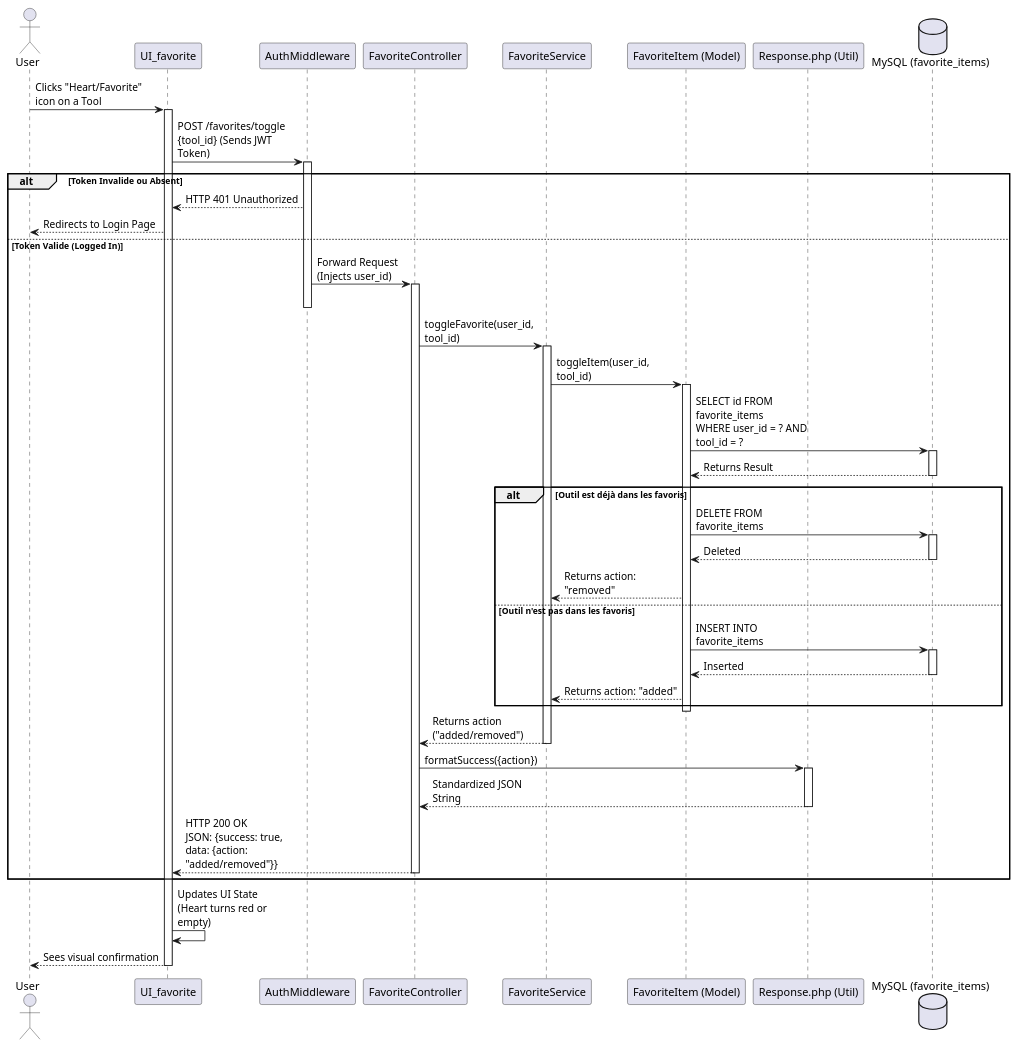
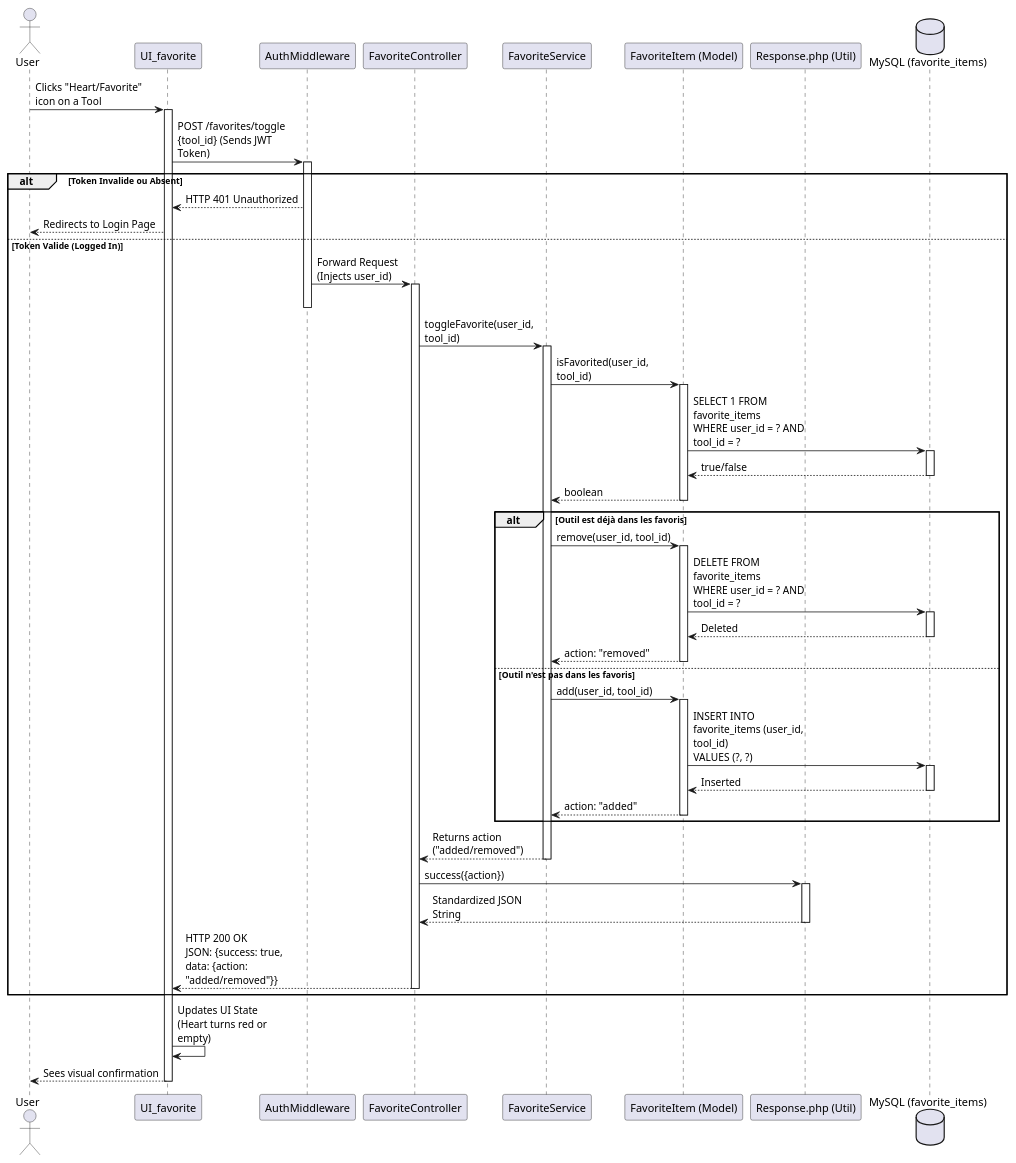
The diagram in docs/sequence/Favorites.wsd (dss47/Penguins), drawn with PlantUML before and after one commit. The commit also changed 11 other files, not shown here.

Commit message:
sequence edit

```diff
--- a/docs/sequence/Favorites.wsd
+++ b/docs/sequence/Favorites.wsd
@@ -1,70 +1,75 @@
 @startuml favorites
 skinparam maxMessageSize 150
 
 actor "User" as user
 participant "UI_favorite" as react
 participant "AuthMiddleware" as auth 
 participant "FavoriteController" as controller 
 participant "FavoriteService" as service 
 participant "FavoriteItem (Model)" as model
 participant "Response.php (Util)" as res
 
 database "MySQL (favorite_items)" as db
 
 user -> react : Clicks "Heart/Favorite" icon on a Tool
 activate react
   react -> auth : POST /favorites/toggle\n{tool_id} (Sends JWT Token)
   activate auth
   
     alt Token Invalide ou Absent
         auth --> react : HTTP 401 Unauthorized
         react --> user : Redirects to Login Page
     else Token Valide (Logged In)
         
         auth -> controller : Forward Request\n(Injects user_id)
         activate controller
         deactivate auth
         
         controller -> service : toggleFavorite(user_id, tool_id)
         activate service
-          service -> model : toggleItem(user_id, tool_id)
+          service -> model : isFavorited(user_id, tool_id)
           activate model
-            
-            model -> db : SELECT id FROM favorite_items\nWHERE user_id = ? AND tool_id = ?
+            model -> db : SELECT 1 FROM favorite_items\nWHERE user_id = ? AND tool_id = ?
             activate db
-              db --> model : Returns Result
+              db --> model : true/false
             deactivate db
-            
-            alt Outil est déjà dans les favoris
-                model -> db : DELETE FROM favorite_items
+            model --> service : boolean
+          deactivate model
+          
+          alt Outil est déjà dans les favoris
+              service -> model : remove(user_id, tool_id)
+              activate model
+                model -> db : DELETE FROM favorite_items\nWHERE user_id = ? AND tool_id = ?
                 activate db
                   db --> model : Deleted
                 deactivate db
-                model --> service : Returns action: "removed"
-                
-            else Outil n'est pas dans les favoris
-                model -> db : INSERT INTO favorite_items
+                model --> service : action: "removed"
+              deactivate model
+              
+          else Outil n'est pas dans les favoris
+              service -> model : add(user_id, tool_id)
+              activate model
+                model -> db : INSERT INTO favorite_items (user_id, tool_id)\nVALUES (?, ?)
                 activate db
                   db --> model : Inserted
                 deactivate db
-                model --> service : Returns action: "added"
-            end
-            
-          deactivate model
+                model --> service : action: "added"
+              deactivate model
+          end
           
           service --> controller : Returns action ("added/removed")
         deactivate service
-        controller -> res : formatSuccess({action})
+        controller -> res : success({action})
         activate res
           res --> controller : Standardized JSON String
         deactivate res
         
         controller --> react : HTTP 200 OK\nJSON: {success: true, data: {action: "added/removed"}}
         deactivate controller
     end
   
   react -> react : Updates UI State\n(Heart turns red or empty)
   react --> user : Sees visual confirmation
 deactivate react
 
 @enduml
```
